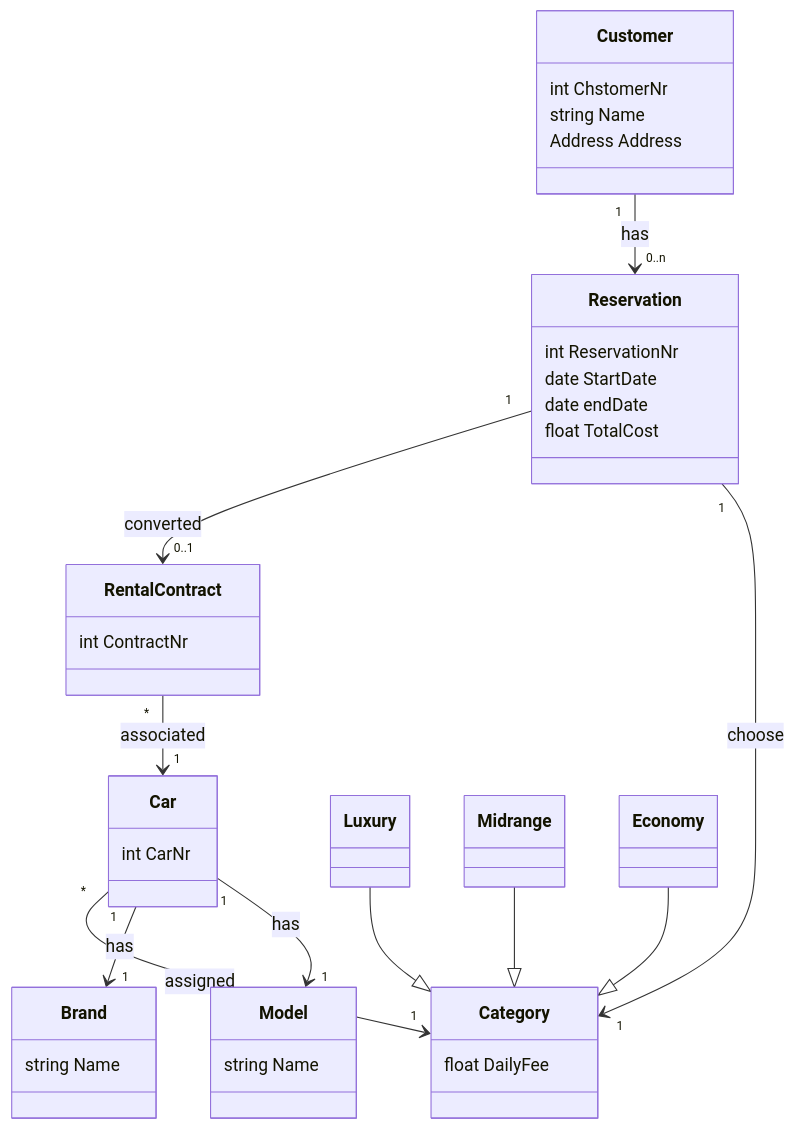
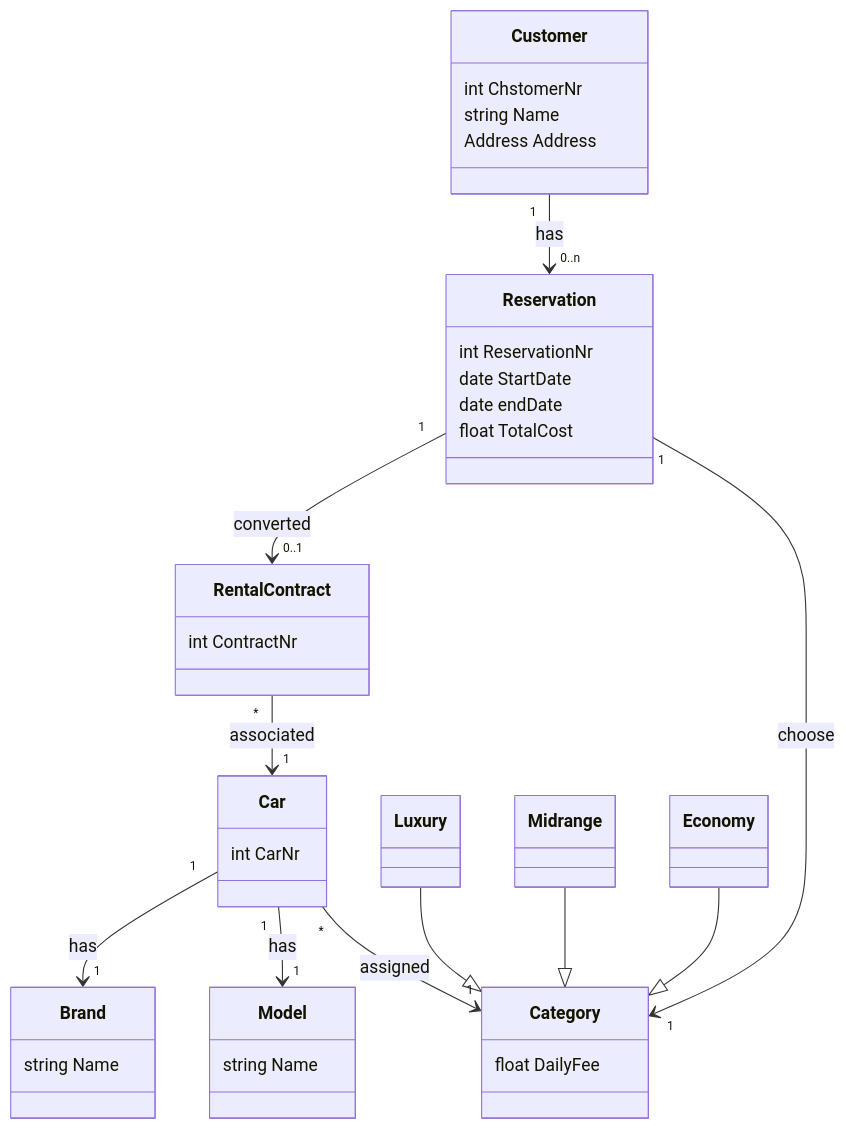
The fourth of 4 diagrams in README.md (tsolenthaler/zbw-sad-carrent2124), drawn with Mermaid before and after one commit. The commit also changed other lines of this file, not shown here.

````diff
--- a/README.md
+++ b/README.md
@@ -86,52 +86,52 @@
 ```mermaid
 classDiagram
 class Customer{
     int ChstomerNr
     string Name
     Address Address
 }
 
 class Reservation{
     int ReservationNr
     date StartDate
     date endDate
     float TotalCost
 }
 
 class RentalContract{
     int ContractNr
 }
 
 class Car{
     int CarNr
 }
 
 class Model{
     string Name
 }
 
 class Brand{
     string Name
 }
 
 class Category {
     float DailyFee
 }
 
 class Luxury
 class Midrange
 class Economy
 
 Customer "1" --> "0..n" Reservation : has
 Reservation "1" --> "0..1" RentalContract : converted
 Reservation "1" --> "1" Category : choose
 RentalContract "*" --> "1" Car : associated
-Car "*" --> "1" Category : assigned
 Car "1" --> "1" Brand : has
 Car "1" --> "1" Model : has
+Car "*" --> "1" Category : assigned
 Luxury --|> Category
 Midrange --|> Category
 Economy --|> Category
 
 
 ```
````
